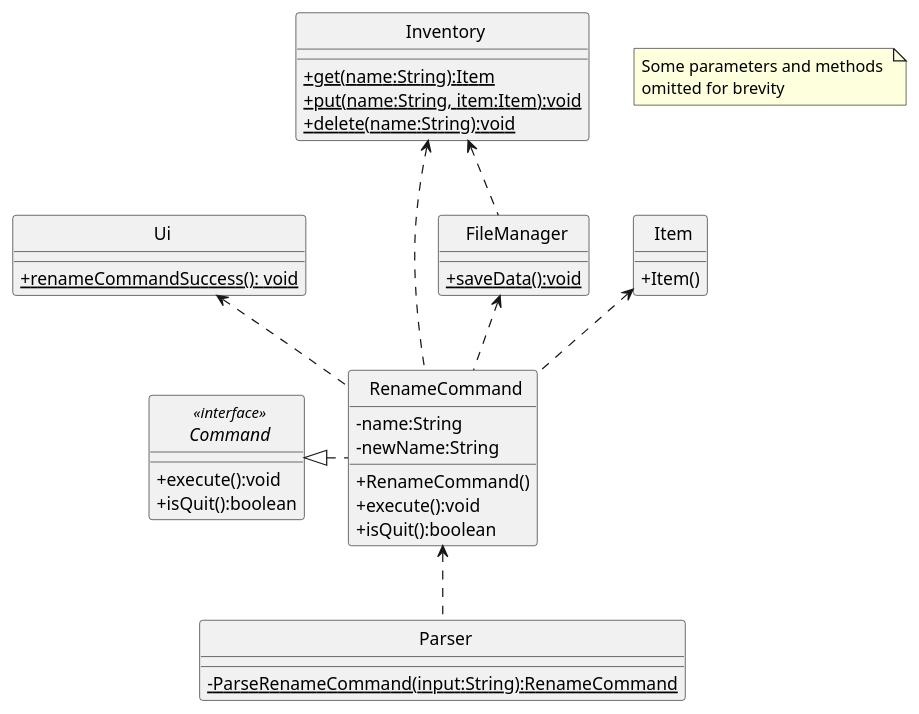
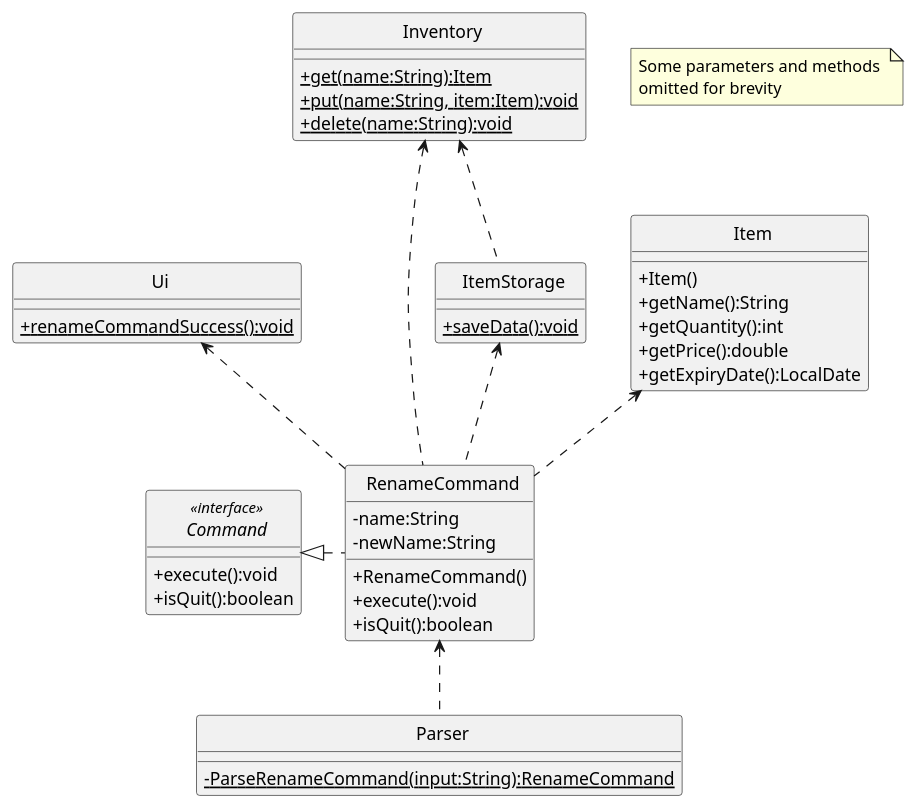
One commit to rismm/tp changed the first of 2 diagrams in docs/uml-diagrams/RenameCommand.puml. Above: the diagram before and after it, drawn with PlantUML. The commit also changed other lines of this file and 19 other files, not shown here.

```diff
--- a/docs/uml-diagrams/RenameCommand.puml
+++ b/docs/uml-diagrams/RenameCommand.puml
@@ -1,60 +1,64 @@
 @startuml
 'https://plantuml.com/class-diagram
 skinparam classAttributeIconSize 0
 skinparam CircledCharacterFontSize 0
 skinparam CircledCharacterRadius 0
 
 interface Command
 class Ui
 class Inventory
 class Item
 class RenameCommand
 class Parser
-class FileManager
+class ItemStorage
 
 RenameCommand <.. Parser
 Command <|. RenameCommand
 Ui <.. RenameCommand
 Inventory <.. RenameCommand
 Item <.. RenameCommand
-FileManager <.. RenameCommand
-Inventory <.. FileManager
+ItemStorage <.. RenameCommand
+Inventory <.. ItemStorage
 
 interface Command <<interface>> {
     +execute():void
     +isQuit():boolean
 }
 
 class RenameCommand {
     -name:String
     -newName:String
     +RenameCommand()
     +execute():void
     +isQuit():boolean
 }
 
 class Item {
     +Item()
+    +getName():String
+    +getQuantity():int
+    +getPrice():double
+    +getExpiryDate():LocalDate
 }
 
 class Ui {
-    {static}+renameCommandSuccess(): void
+    {static}+renameCommandSuccess():void
 }
 
 class Parser {
     {static}-ParseRenameCommand(input:String):RenameCommand
 }
 
 class Inventory {
     {static}+get(name:String):Item
     {static}+put(name:String, item:Item):void
     {static}+delete(name:String):void
 }
 
-class FileManager {
+class ItemStorage {
     {static}+saveData():void
 }
 
 note "Some parameters and methods \nomitted for brevity" as n1
 
 @enduml
```
